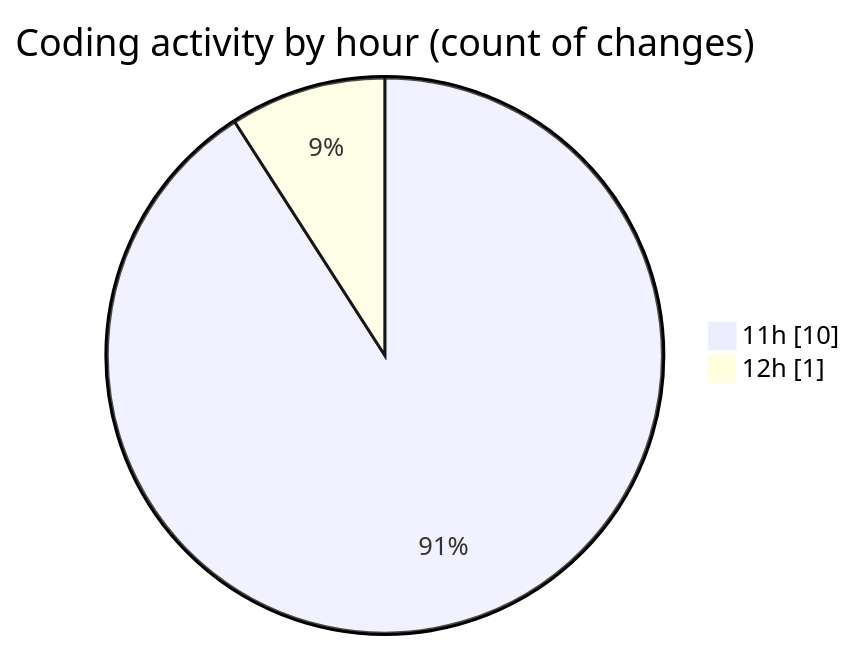
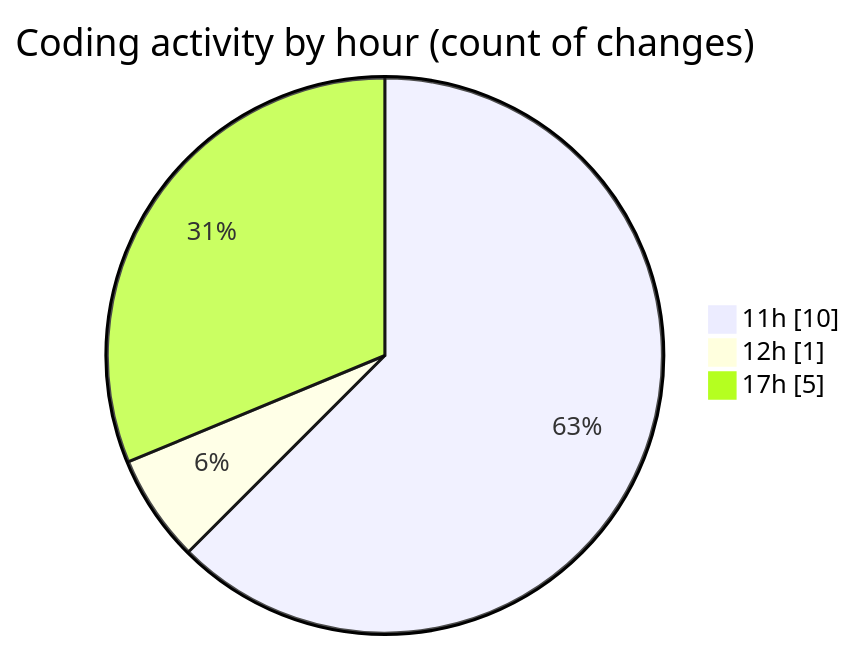
Before and after one commit to nxtqubesakshisongat/code-tracking: the second of 2 diagrams in 2025-06-19/nxtqube_webapp/README.md, drawn with Mermaid. The commit also changed other lines of this file and 1 other file, not shown here.

````diff
--- a/2025-06-19/nxtqube_webapp/README.md
+++ b/2025-06-19/nxtqube_webapp/README.md
@@ -33,6 +34,7 @@
 ```mermaid
 pie showData
 title Coding activity by hour (count of changes)
 "11h" : 10
 "12h" : 1
+"17h" : 5
 ```
````
